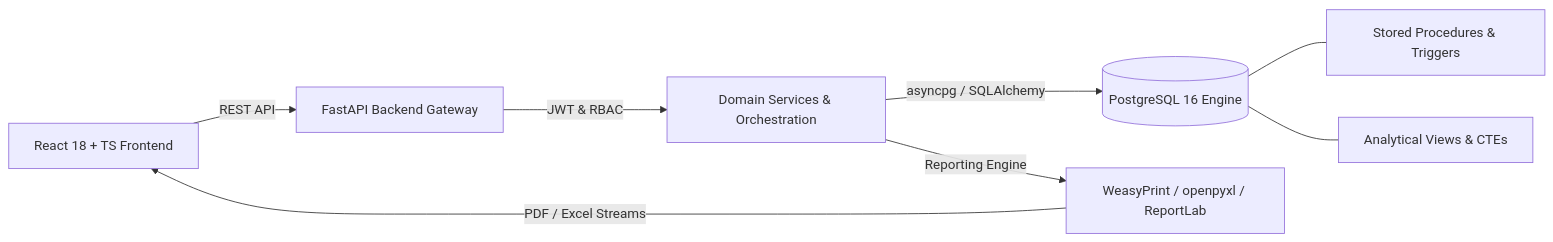
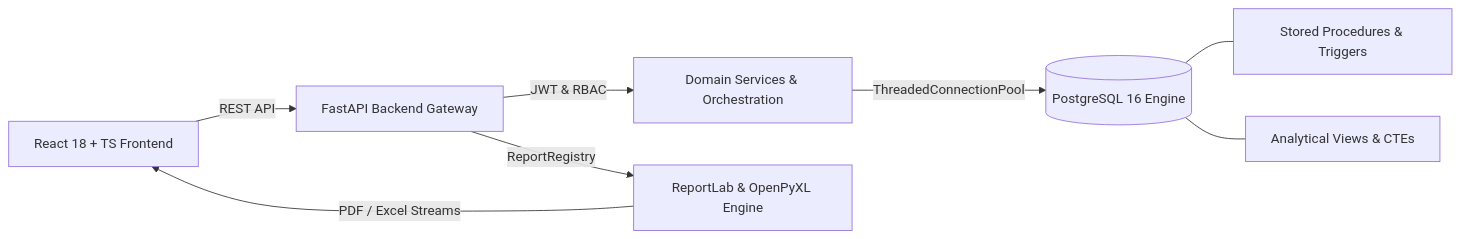
The diagram in README.md (Atharv3105/PropLedger), drawn with Mermaid before and after one commit. The commit also changed other lines of this file and 58 other files, not shown here.

Commit message:
feat(phase-6): implement SSRS reporting equivalent with ReportLab PDF and OpenPyXL Excel engines

````diff
--- a/README.md
+++ b/README.md
@@ -27,10 +28,10 @@
 ```mermaid
 graph LR
     React[React 18 + TS Frontend] -->|REST API| FastAPI[FastAPI Backend Gateway]
     FastAPI -->|JWT & RBAC| Services[Domain Services & Orchestration]
-    Services -->|asyncpg / SQLAlchemy| Postgres[(PostgreSQL 16 Engine)]
-    Services -->|Reporting Engine| ReportGen[WeasyPrint / openpyxl / ReportLab]
-    ReportGen -->|PDF / Excel Streams| React
+    Services -->|ThreadedConnectionPool| Postgres[(PostgreSQL 16 Engine)]
+    FastAPI -->|ReportRegistry| ReportingEngine[ReportLab & OpenPyXL Engine]
+    ReportingEngine -->|PDF / Excel Streams| React
     Postgres --- StoredProcs[Stored Procedures & Triggers]
     Postgres --- Views[Analytical Views & CTEs]
 ```
````
